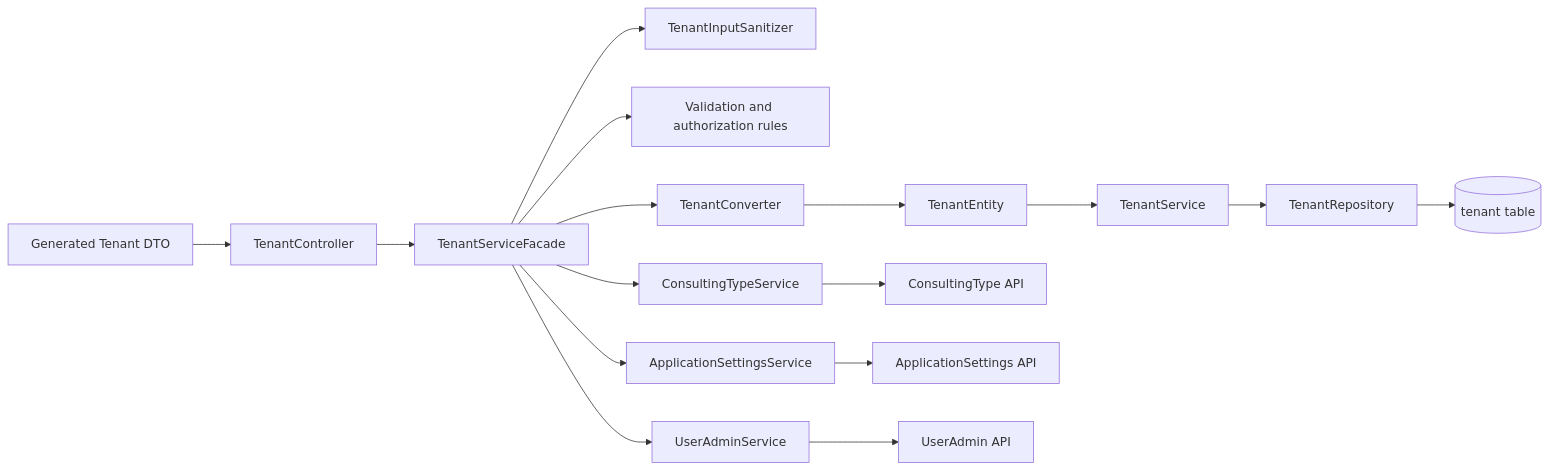
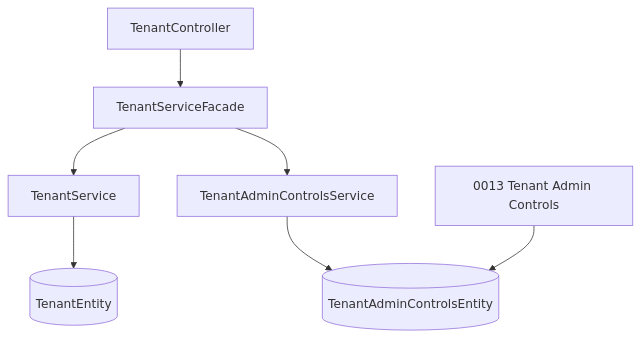
One commit to OpenResilienceInitiative/ORISO-TenantService changed the diagram in .understand-anything/visuals/data-flow.mmd. Above: the diagram before and after it, drawn with Mermaid. The commit also changed 16 other files, not shown here.

First line of the commit message:
docs(graph): update Understand-Anything graph

```diff
--- a/.understand-anything/visuals/data-flow.mmd
+++ b/.understand-anything/visuals/data-flow.mmd
@@ -1,16 +1,7 @@
-flowchart LR
-  Request[Generated Tenant DTO] --> Controller[TenantController]
-  Controller --> Facade[TenantServiceFacade]
-  Facade --> Sanitize[TenantInputSanitizer]
-  Facade --> Validate[Validation and authorization rules]
-  Facade --> Convert[TenantConverter]
-  Convert --> Entity[TenantEntity]
-  Entity --> Service[TenantService]
-  Service --> Repo[TenantRepository]
-  Repo --> DB[(tenant table)]
-  Facade --> CT[ConsultingTypeService]
-  Facade --> AS[ApplicationSettingsService]
-  Facade --> UA[UserAdminService]
-  CT --> External1[ConsultingType API]
-  AS --> External2[ApplicationSettings API]
-  UA --> External3[UserAdmin API]
+flowchart TD
+  Controller[TenantController] --> Facade[TenantServiceFacade]
+  Facade --> Service[TenantService]
+  Facade --> Controls[TenantAdminControlsService]
+  Service --> TenantEntity[(TenantEntity)]
+  Controls --> ControlsEntity[(TenantAdminControlsEntity)]
+  Migration[0013 Tenant Admin Controls] --> ControlsEntity
```
